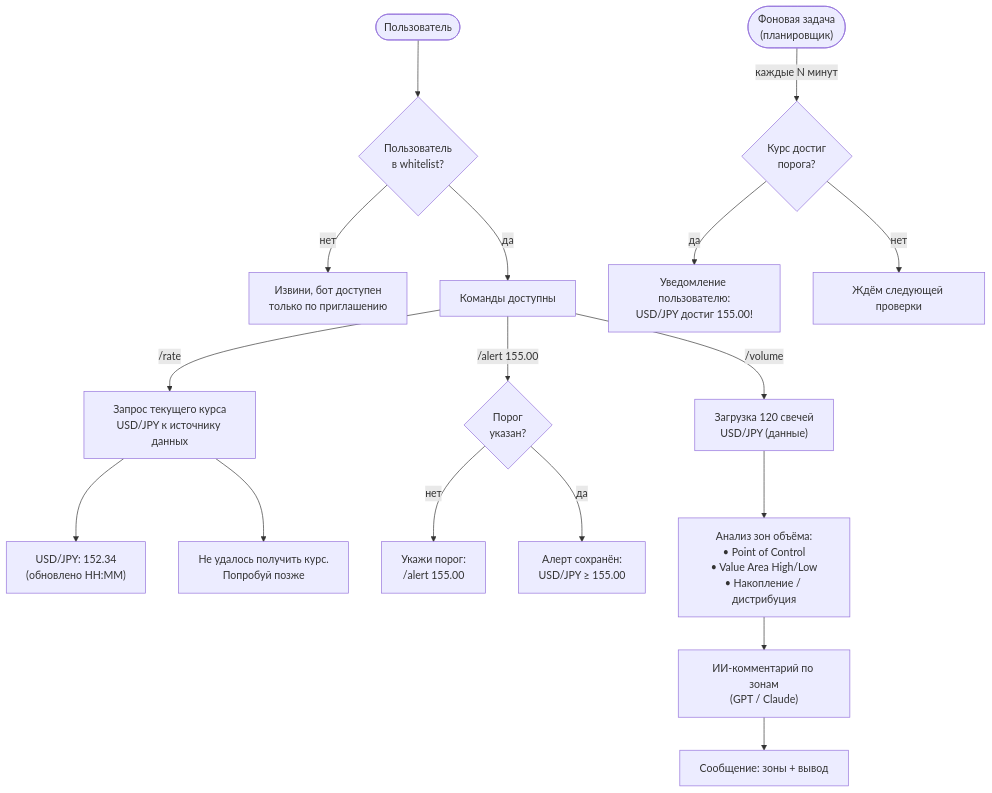
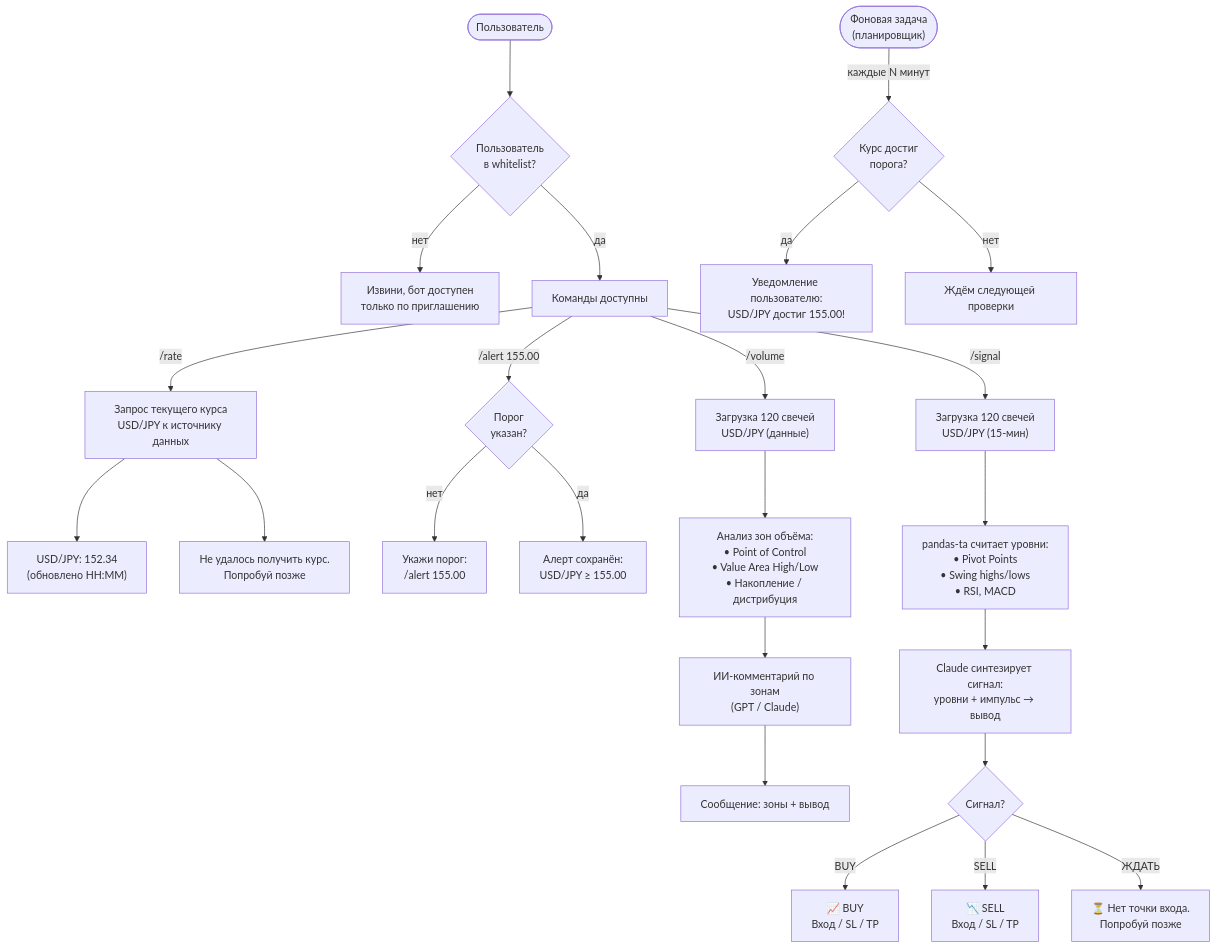
One commit to Shanya111/iron-wake changed the second of 2 diagrams in схема.md. Above: the diagram before and after it, drawn with Mermaid. The commit also changed other lines of this file, not shown here.

Commit message:
feat: добавить /signal в схему — pandas-ta + Claude синтез BUY/SELL/ЖДАТЬ

````diff
--- a/схема.md
+++ b/схема.md
@@ -62,30 +62,39 @@
 ```mermaid
 flowchart TD
     U(["Пользователь"])
 
     %% Whitelist
     U --> WL{Пользователь\nв whitelist?}
     WL -->|нет| DENY["Извини, бот доступен\nтолько по приглашению"]
     WL -->|да| CMD["Команды доступны"]
 
     %% /rate
     CMD -->|"/rate"| RATE["Запрос текущего курса\nUSD/JPY к источнику данных"]
     RATE --> RATE_OK["USD/JPY: 152.34\n(обновлено HH:MM)"]
     RATE --> RATE_ERR["Не удалось получить курс.\nПопробуй позже"]
 
     %% /alert
     CMD -->|"/alert 155.00"| ALC{Порог\nуказан?}
     ALC -->|нет| ALC_ERR["Укажи порог:\n/alert 155.00"]
     ALC -->|да| ALC_SAVE["Алерт сохранён:\nUSD/JPY ≥ 155.00"]
 
     BACKGROUND(["Фоновая задача\n(планировщик)"])
     BACKGROUND -->|каждые N минут| CHECK{Курс достиг\nпорога?}
     CHECK -->|да| NOTIFY["Уведомление пользователю:\nUSD/JPY достиг 155.00!"]
     CHECK -->|нет| WAIT["Ждём следующей проверки"]
 
     %% /volume
     CMD -->|"/volume"| VOL["Загрузка 120 свечей\nUSD/JPY (данные)"]
     VOL --> VOL_CALC["Анализ зон объёма:\n• Point of Control\n• Value Area High/Low\n• Накопление / дистрибуция"]
     VOL_CALC --> VOL_AI["ИИ-комментарий по зонам\n(GPT / Claude)"]
     VOL_AI --> VOL_OUT["Сообщение: зоны + вывод"]
+
+    %% /signal
+    CMD -->|"/signal"| SIG_FETCH["Загрузка 120 свечей\nUSD/JPY (15-мин)"]
+    SIG_FETCH --> SIG_CALC["pandas-ta считает уровни:\n• Pivot Points\n• Swing highs/lows\n• RSI, MACD"]
+    SIG_CALC --> SIG_AI["Claude синтезирует сигнал:\nуровни + импульс → вывод"]
+    SIG_AI --> SIG_OUT{Сигнал?}
+    SIG_OUT -->|BUY| SIG_BUY["📈 BUY\nВход / SL / TP"]
+    SIG_OUT -->|SELL| SIG_SELL["📉 SELL\nВход / SL / TP"]
+    SIG_OUT -->|ЖДАТЬ| SIG_WAIT["⏳ Нет точки входа.\nПопробуй позже"]
 ```
````
